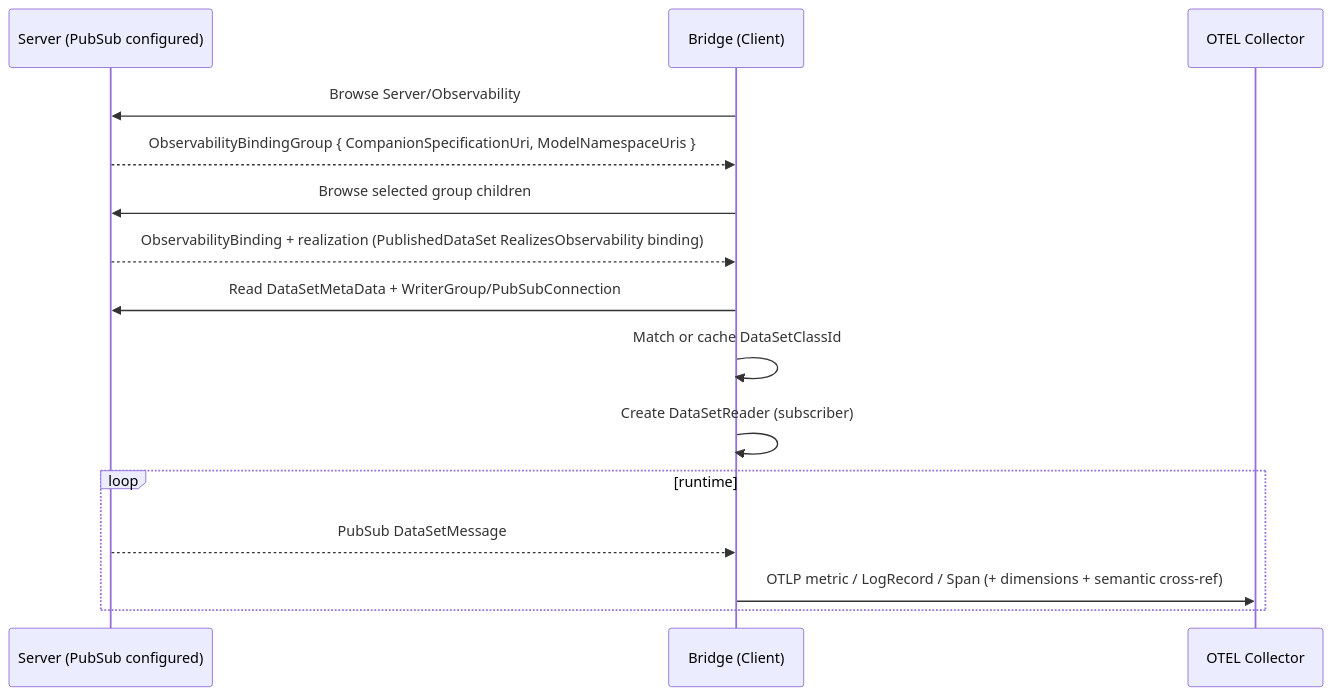
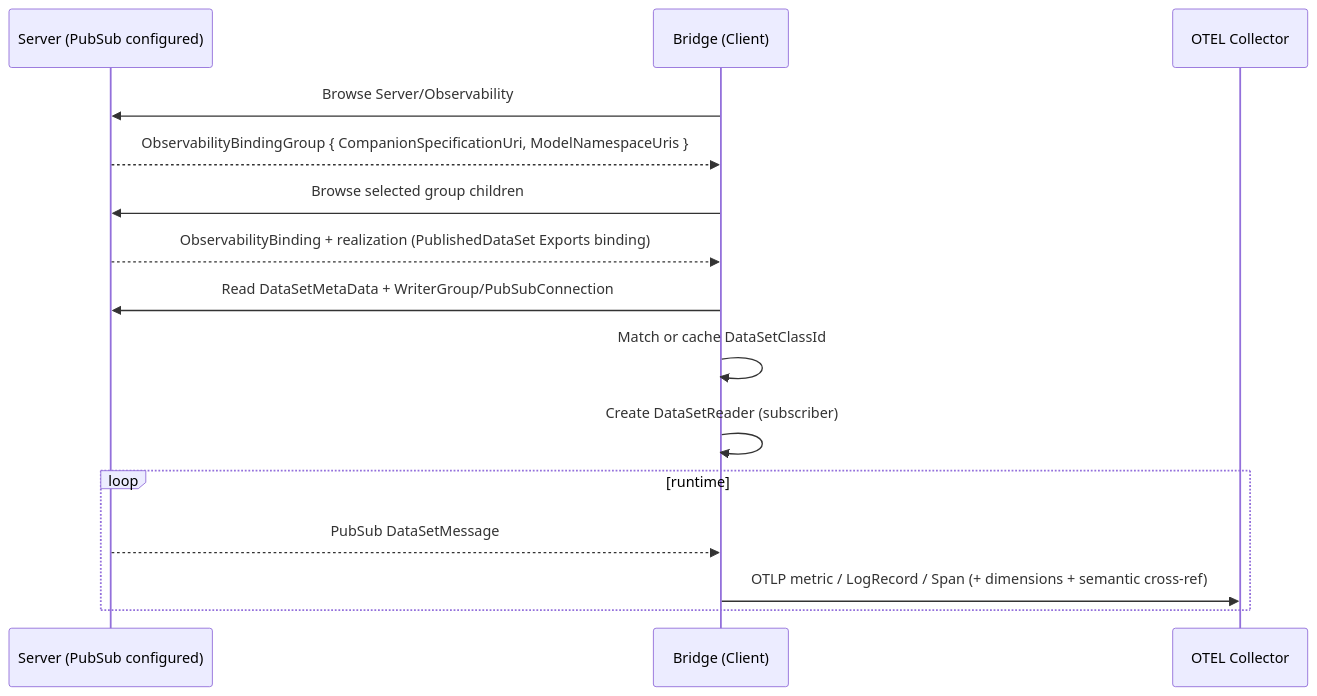
Before and after one commit to marcschier/opcua-drafts: the fifth of 5 diagrams in core-specs/observability-export/OPC-UA-Observability-Export.md, drawn with Mermaid. The commit also changed other lines of this file and 17 other files, not shown here.

First line of the commit message:
Move Observability Export to its own namespace; rename Realize refs to Collects/Exports

````diff
--- a/core-specs/observability-export/OPC-UA-Observability-Export.md
+++ b/core-specs/observability-export/OPC-UA-Observability-Export.md
@@ -466,17 +466,17 @@
 ```mermaid
 sequenceDiagram
   participant S as Server (PubSub configured)
   participant B as Bridge (Client)
   participant C as OTEL Collector
   B->>S: Browse Server/Observability
   S-->>B: ObservabilityBindingGroup { CompanionSpecificationUri, ModelNamespaceUris }
   B->>S: Browse selected group children
-  S-->>B: ObservabilityBinding + realization (PublishedDataSet RealizesObservability binding)
+  S-->>B: ObservabilityBinding + realization (PublishedDataSet Exports binding)
   B->>S: Read DataSetMetaData + WriterGroup/PubSubConnection
   B->>B: Match or cache DataSetClassId
   B->>B: Create DataSetReader (subscriber)
   loop runtime
     S-->>B: PubSub DataSetMessage
     B->>C: OTLP metric / LogRecord / Span (+ dimensions + semantic cross-ref)
   end
 ```
````
